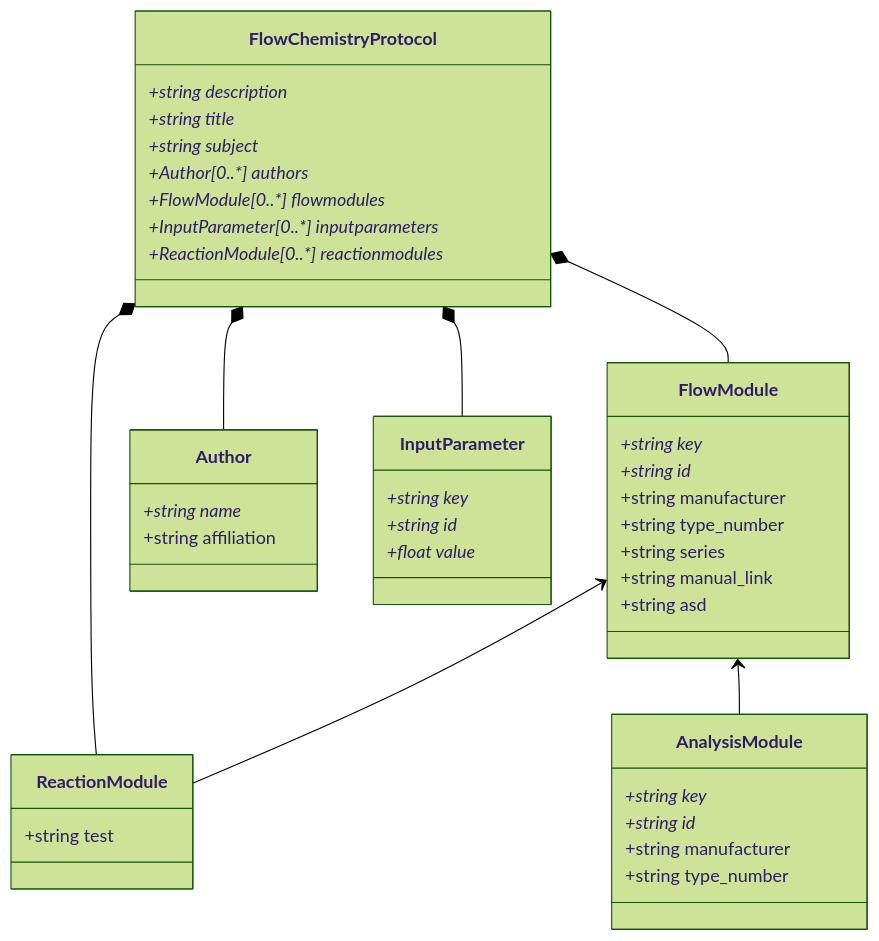
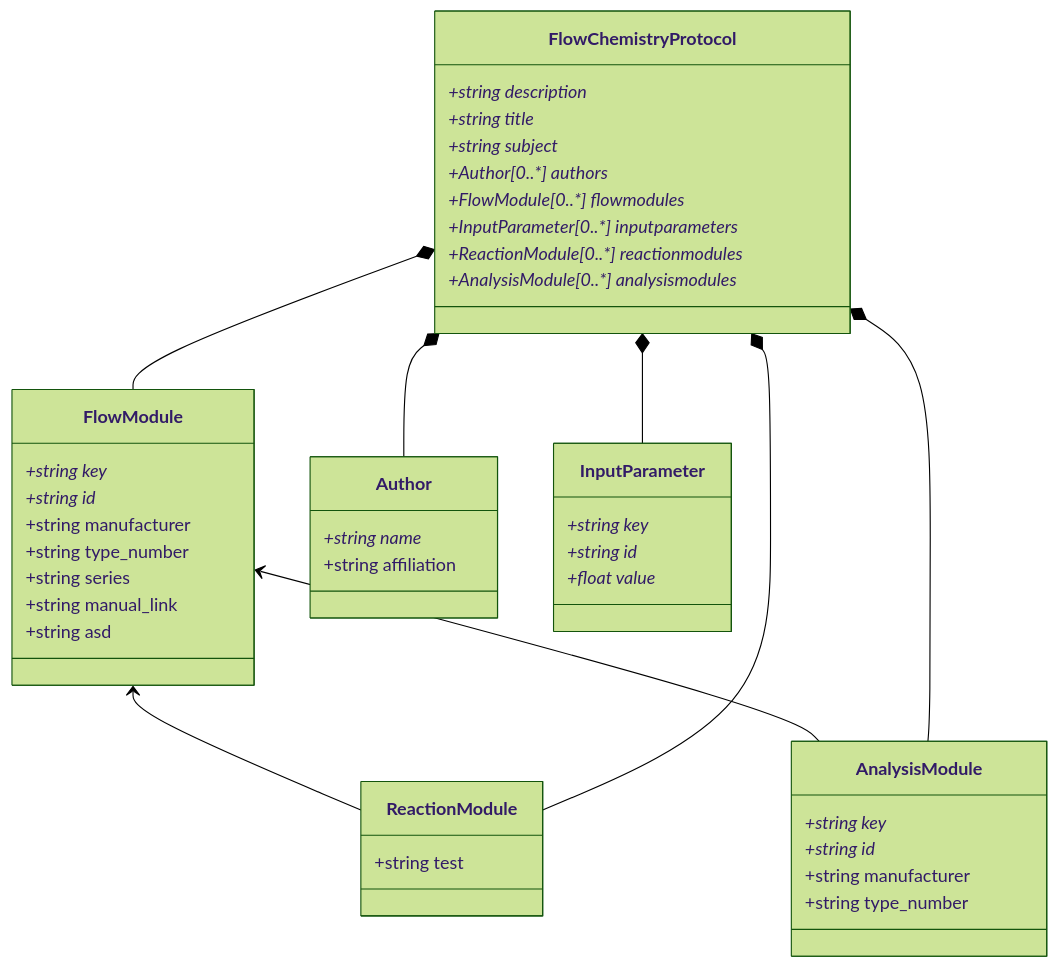
The diagram in pyDataset/schemes/Dataset.md (C-Kessler/sdrdm-flowchem-B2), drawn with Mermaid (forest theme) before and after one commit. The commit also changed 3 other files, not shown here.

````diff
--- a/pyDataset/schemes/Dataset.md
+++ b/pyDataset/schemes/Dataset.md
@@ -1,52 +1,54 @@
 ```mermaid
 classDiagram
     FlowModule <-- ReactionModule
     FlowModule <-- AnalysisModule
     FlowChemistryProtocol *-- Author
     FlowChemistryProtocol *-- FlowModule
     FlowChemistryProtocol *-- InputParameter
     FlowChemistryProtocol *-- ReactionModule
+    FlowChemistryProtocol *-- AnalysisModule
     
     class FlowChemistryProtocol {
         +string description*
         +string title*
         +string subject*
         +Author[0..*] authors*
         +FlowModule[0..*] flowmodules*
         +InputParameter[0..*] inputparameters*
         +ReactionModule[0..*] reactionmodules*
+        +AnalysisModule[0..*] analysismodules*
     }
     
     class Author {
         +string name*
         +string affiliation
     }
     
     class FlowModule {
         +string key*
         +string id*
         +string manufacturer
         +string type_number
         +string series
         +string manual_link
         +string asd
     }
     
     class ReactionModule {
         +string test
     }
     
     class AnalysisModule {
         +string key*
         +string id*
         +string manufacturer
         +string type_number
     }
     
     class InputParameter {
         +string key*
         +string id*
         +float value*
     }
     
 ```
````
